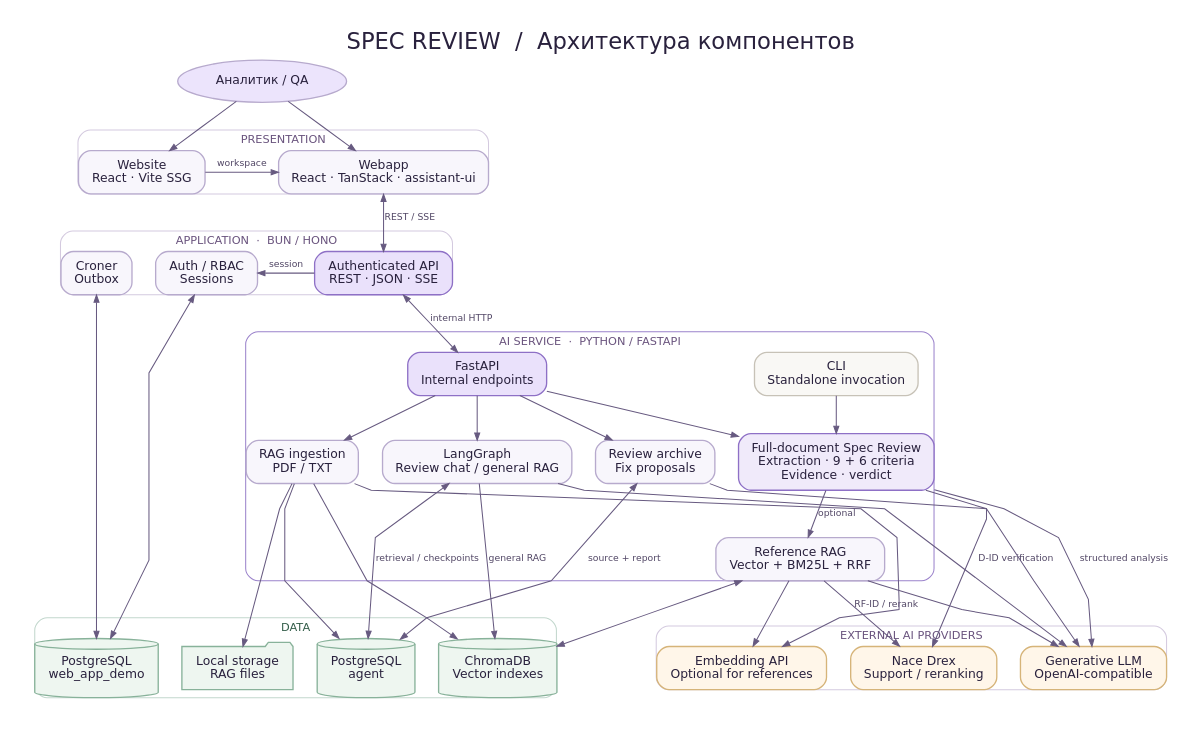
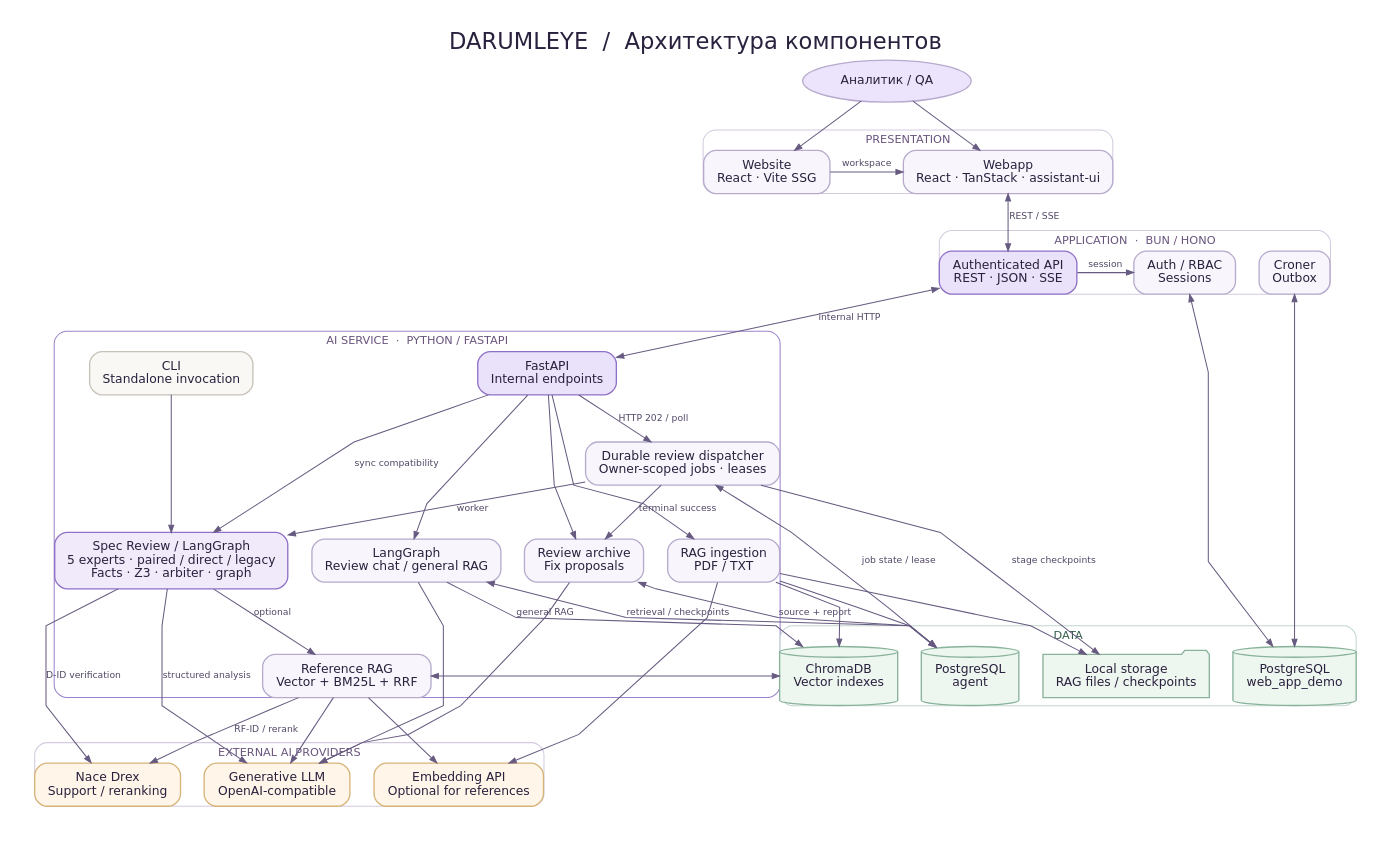
One commit to Feruum/Darumleye changed the diagram in vibe/docs/uml/spec-review-overview.dot. Above: the diagram before and after it, drawn with Graphviz. The commit also changed 37 other files, not shown here.

Commit message:
docs: synchronize Darumleye architecture, operations and verified results

```diff
--- a/vibe/docs/uml/spec-review-overview.dot
+++ b/vibe/docs/uml/spec-review-overview.dot
@@ -1,50 +1,51 @@
 digraph SpecReview {
-  graph [rankdir=TB, bgcolor="#ffffff", margin=0.25, pad=0.25, nodesep=0.32, ranksep=0.48, splines=polyline, fontname="DejaVu Sans", label="SPEC REVIEW  /  Архитектура компонентов", labelloc=t, fontsize=22, fontcolor="#29213d", compound=true];
+  graph [rankdir=TB, bgcolor="#ffffff", margin=0.25, pad=0.25, nodesep=0.32, ranksep=0.48, splines=polyline, fontname="DejaVu Sans", label="DARUMLEYE  /  Архитектура компонентов", labelloc=t, fontsize=22, fontcolor="#29213d", compound=true];
   node [shape=box, style="rounded,filled", color="#b7aacd", fillcolor="#f8f6fc", fontcolor="#29213d", penwidth=1.3, fontname="DejaVu Sans", fontsize=12, margin="0.18,0.11"];
   edge [color="#675a80", fontname="DejaVu Sans", fontsize=9, fontcolor="#514665", arrowsize=0.7];
   User [shape=oval, label="Аналитик / QA", fillcolor="#ece4fc"];
   subgraph cluster_presentation { label="PRESENTATION"; color="#d4cadf"; style="rounded"; fontsize=11; fontcolor="#6a547e";
     Site [label="Website\nReact · Vite SSG"]; Web [label="Webapp\nReact · TanStack · assistant-ui"]; {rank=same; Site; Web;}
     Site -> Web [label="workspace"];
   }
   subgraph cluster_application { label="APPLICATION  ·  BUN / HONO"; color="#d4cadf"; style="rounded"; fontsize=11; fontcolor="#6a547e";
     API [label="Authenticated API\nREST · JSON · SSE", fillcolor="#eae1fb", color="#8e70c6"];
     Auth [label="Auth / RBAC\nSessions"]; Jobs [label="Croner\nOutbox"]; {rank=same; Auth; API; Jobs;}
     API -> Auth [label="session"];
   }
   subgraph cluster_ai { label="AI SERVICE  ·  PYTHON / FASTAPI"; color="#9b83cb"; style="rounded"; fontsize=11; fontcolor="#6a547e";
     Fast [label="FastAPI\nInternal endpoints", fillcolor="#eae1fb", color="#8e70c6"];
-    Core [label="Full-document Spec Review\nExtraction · 9 + 6 criteria\nEvidence · verdict", fillcolor="#f0eafa", color="#8e70c6"];
+    Core [label="Spec Review / LangGraph\n5 experts · paired / direct / legacy\nFacts · Z3 · arbiter · graph", fillcolor="#f0eafa", color="#8e70c6"];
     Ref [label="Reference RAG\nVector + BM25L + RRF"];
     Archive [label="Review archive\nFix proposals"];
+    Queue [label="Durable review dispatcher\nOwner-scoped jobs · leases"];
     Chat [label="LangGraph\nReview chat / general RAG"];
     Ingest [label="RAG ingestion\nPDF / TXT"];
     CLI [label="CLI\nStandalone invocation",fillcolor="#f9f8f5", color="#c7c2b7"];
-    Fast -> Core; Fast -> Archive; Fast -> Chat; Fast -> Ingest;
+    Fast -> Queue [label="HTTP 202 / poll"]; Queue -> Core [label="worker"]; Fast -> Core [label="sync compatibility"]; Fast -> Archive; Fast -> Chat; Fast -> Ingest;
     CLI -> Core; Core -> Ref [label="optional"];
     {rank=same; CLI; Fast;}
     {rank=same; Core; Archive; Chat; Ingest;}
   }
   subgraph cluster_data { label="DATA"; color="#c2d7cd"; style="rounded"; fontcolor="#345e4a"; fontsize=11;
     AppDB [shape=cylinder, label="PostgreSQL\nweb_app_demo",fillcolor="#eef6f0", color="#88b29a"];
     AgentDB [shape=cylinder, label="PostgreSQL\nagent",fillcolor="#eef6f0", color="#88b29a"];
     Chroma [shape=cylinder, label="ChromaDB\nVector indexes",fillcolor="#eef6f0", color="#88b29a"];
-    Files [shape=folder,label="Local storage\nRAG files",fillcolor="#eef6f0", color="#88b29a"];
+    Files [shape=folder,label="Local storage\nRAG files / checkpoints",fillcolor="#eef6f0", color="#88b29a"];
     {rank=same; AppDB; AgentDB; Chroma; Files;}
   }
   subgraph cluster_providers { label="EXTERNAL AI PROVIDERS"; color="#d4cadf"; style="rounded"; fontsize=11; fontcolor="#6a547e";
     LLM [label="Generative LLM\nOpenAI-compatible",fillcolor="#fff6e9",color="#d6b479"];
     Drex [label="Nace Drex\nSupport / reranking",fillcolor="#fff6e9",color="#d6b479"];
     Emb [label="Embedding API\nOptional for references",fillcolor="#fff6e9",color="#d6b479"];
     {rank=same; LLM; Drex; Emb;}
   }
   User -> Site; User -> Web;
   Web -> API [label="REST / SSE", dir=both];
   API -> Fast [label="internal HTTP",dir=both];
   Auth -> AppDB [dir=both]; Jobs -> AppDB [dir=both];
   Core -> LLM [label="structured analysis"];
   Core -> Drex [label="D-ID verification"];
   Ref -> Chroma [dir=both]; Ref -> Emb; Ref -> Drex [label="RF-ID / rerank"]; Ref -> LLM;
-  Archive -> AgentDB [label="source + report",dir=both]; Archive -> LLM;
+  Queue -> AgentDB [label="job state / lease",dir=both]; Queue -> Files [label="stage checkpoints"]; Queue -> Archive [label="terminal success"]; Archive -> AgentDB [label="source + report",dir=both]; Archive -> LLM;
   Chat -> AgentDB [label="retrieval / checkpoints",dir=both]; Chat -> Chroma [label="general RAG"]; Chat -> LLM; Ingest -> Files; Ingest -> AgentDB; Ingest -> Emb; Ingest -> Chroma;
 }
```
